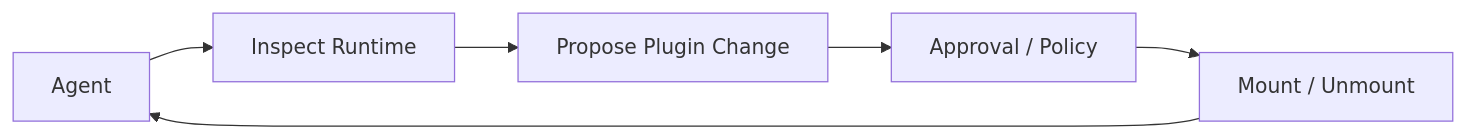
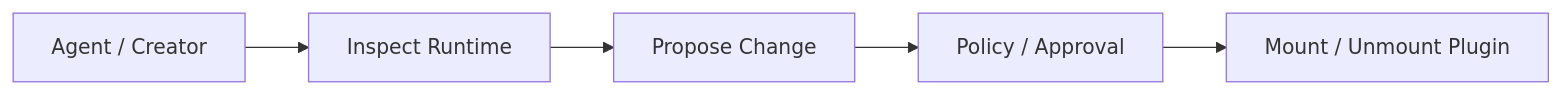
One commit to indigofeather/harness-book changed the third of 4 diagrams in docs/deepseek/models-skills-and-extensions.md. Above: the diagram before and after it, drawn with Mermaid. The commit also changed other lines of this file and 48 other files, not shown here.

````diff
--- a/docs/deepseek/models-skills-and-extensions.md
+++ b/docs/deepseek/models-skills-and-extensions.md
@@ -246,8 +134,7 @@
 ```mermaid
 flowchart LR
-  A[Agent] --> I[Inspect Runtime]
-  I --> P[Propose Plugin Change]
-  P --> G[Approval / Policy]
-  G --> M[Mount / Unmount]
-  M --> A
+  A[Agent / Creator] --> I[Inspect Runtime]
+  I --> P[Propose Change]
+  P --> G[Policy / Approval]
+  G --> M[Mount / Unmount Plugin]
 ```
````
